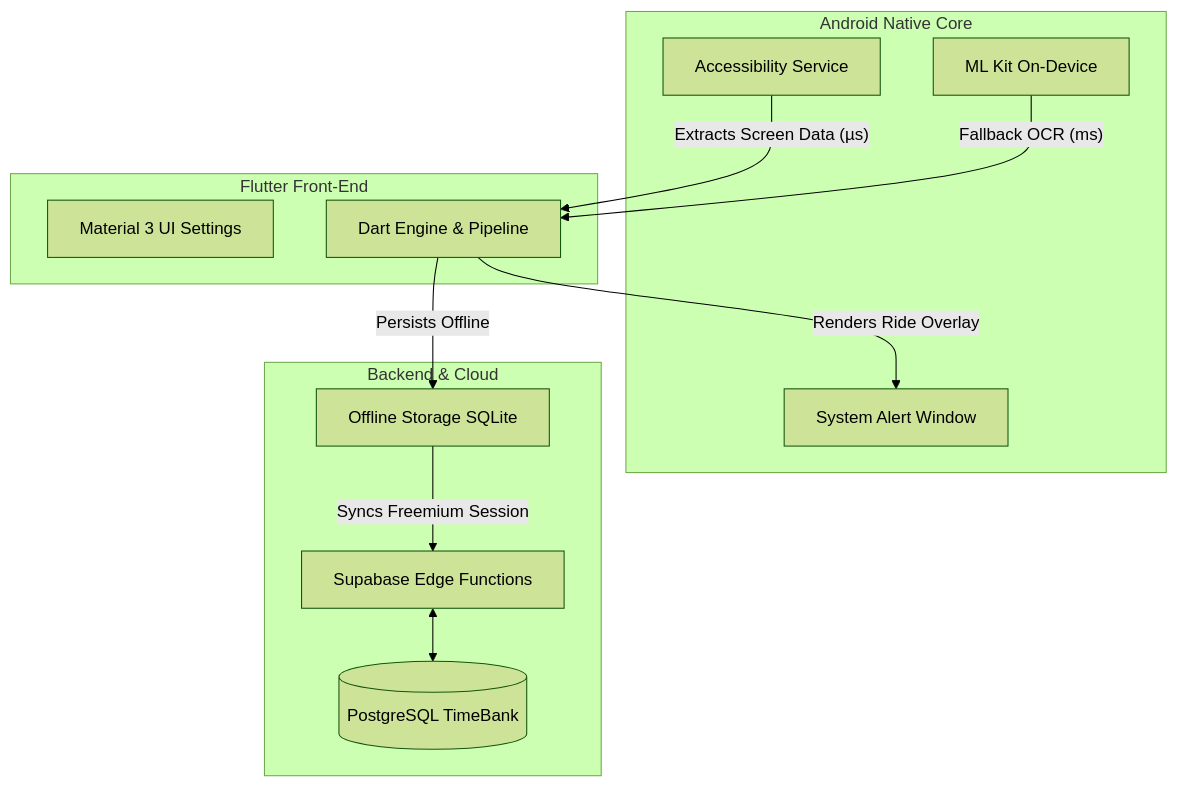
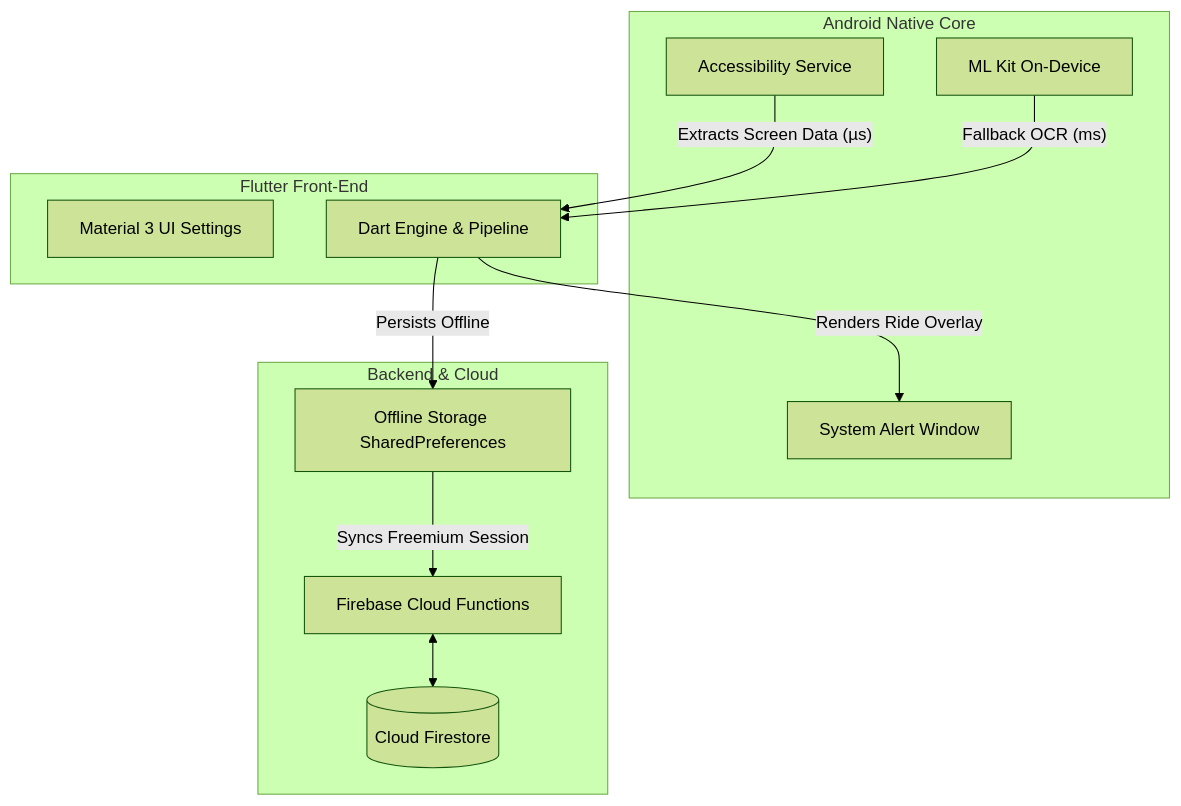
The diagram in README.md (RobertGFerreira/SmartCopilot-Showcase), drawn with Mermaid (forest theme) before and after one commit. The commit also changed other lines of this file and 2 other files, not shown here.

Commit message:
docs: correct backend references from Supabase/PostgreSQL to Firebase/Firestore

````diff
--- a/README.md
+++ b/README.md
@@ -105,26 +105,26 @@
 ```mermaid
 graph TD
     subgraph Frontend [Flutter Front-End]
         UI[Material 3 UI Settings]
         Dart[Dart Engine & Pipeline]
     end
 
     subgraph Native [Android Native Core]
         ACC[Accessibility Service]
         Overlay[System Alert Window]
         ML[ML Kit On-Device]
     end
 
     subgraph Backend [Backend & Cloud]
-        Edge[Supabase Edge Functions]
-        DB[(PostgreSQL TimeBank)]
-        Storage[Offline Storage SQLite]
+        Edge[Firebase Cloud Functions]
+        DB[(Cloud Firestore)]
+        Storage[Offline Storage SharedPreferences]
     end
 
     ACC --"Extracts Screen Data (µs)"--> Dart
     Dart --"Renders Ride Overlay"--> Overlay
     ML --"Fallback OCR (ms)"--> Dart
     Dart --"Persists Offline"--> Storage
     Storage --"Syncs Freemium Session"--> Edge
     Edge <--> DB
 ```
````
